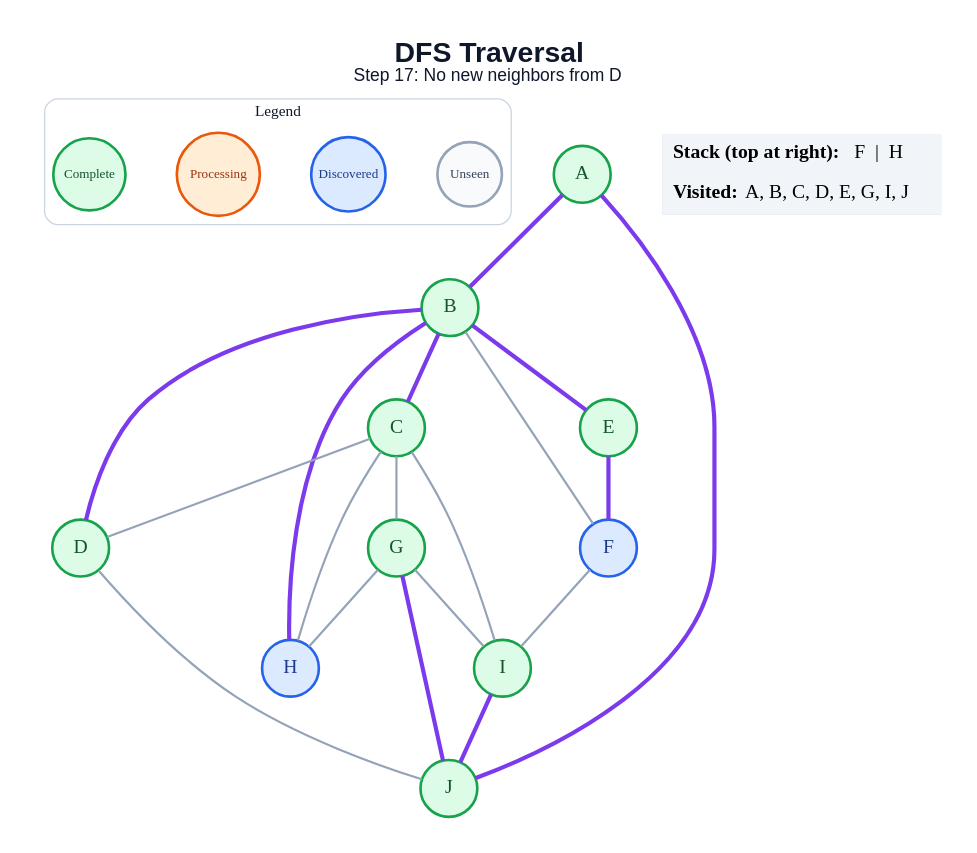
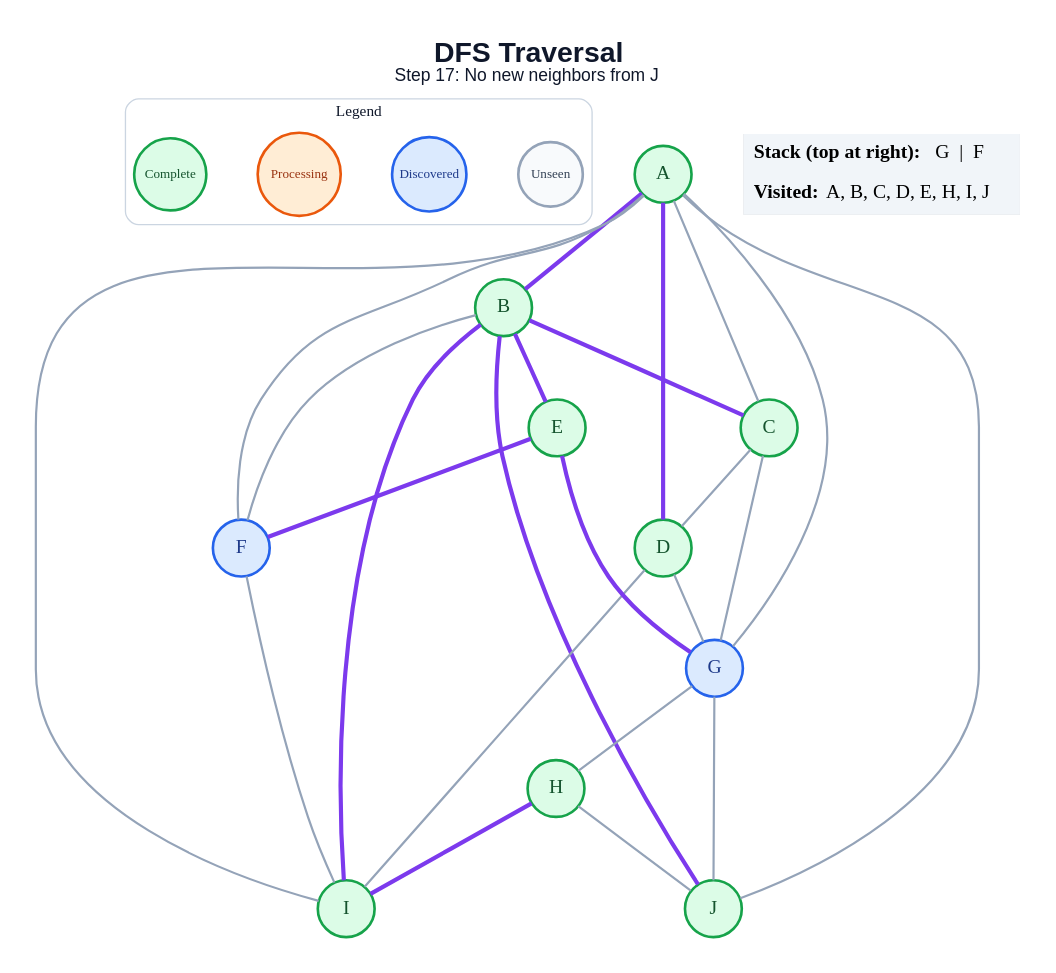
The diagram in generated/specific-node/dfs/step_17.dot (anon7238593-create/ai-slop), drawn with Graphviz before and after one commit. The commit also changed 178 other files, not shown here.

```diff
--- a/generated/specific-node/dfs/step_17.dot
+++ b/generated/specific-node/dfs/step_17.dot
@@ -1,47 +1,52 @@
 graph traversal {
   graph [layout=dot, rankdir=TB, bgcolor="#FFFFFF", pad="0.35", nodesep="0.65", ranksep="0.8", fontname="Arial"];
   node [shape=circle, style="filled", fontname="Arial Bold", fontsize=18, width=0.72, fixedsize=true, penwidth=2.4];
   edge [color="#94A3B8", penwidth=2.0];
-  label=<<B>DFS Traversal</B><BR/><FONT POINT-SIZE="16">Step 17: No new neighbors from D</FONT>>; labelloc="t"; fontsize=26; fontname="Arial"; fontcolor="#0F172A";
+  label=<<B>DFS Traversal</B><BR/><FONT POINT-SIZE="16">Step 17: No new neighbors from J</FONT>>; labelloc="t"; fontsize=26; fontname="Arial"; fontcolor="#0F172A";
   subgraph cluster_legend { label="Legend"; color="#CBD5E1"; penwidth=1.2; style="rounded"; fontsize=14; fontname="Arial Bold";
     key_unseen [label="Unseen", fillcolor="#F8FAFC", color="#94A3B8", fontcolor="#334155", fontsize=12, width=0.82];
     key_frontier [label="Discovered", fillcolor="#DBEAFE", color="#2563EB", fontcolor="#1E3A8A", fontsize=12, width=0.95];
     key_current [label="Processing", fillcolor="#FFEDD5", color="#EA580C", fontcolor="#9A3412", fontsize=12, width=1.05];
     key_done [label="Complete", fillcolor="#DCFCE7", color="#16A34A", fontcolor="#14532D", fontsize=12, width=0.92];
     { rank=same; key_unseen; key_frontier; key_current; key_done; }
   }
   A [fillcolor="#DCFCE7", color="#16A34A", fontcolor="#14532D"];
   B [fillcolor="#DCFCE7", color="#16A34A", fontcolor="#14532D"];
   C [fillcolor="#DCFCE7", color="#16A34A", fontcolor="#14532D"];
   D [fillcolor="#DCFCE7", color="#16A34A", fontcolor="#14532D"];
   E [fillcolor="#DCFCE7", color="#16A34A", fontcolor="#14532D"];
   F [fillcolor="#DBEAFE", color="#2563EB", fontcolor="#1E3A8A"];
-  G [fillcolor="#DCFCE7", color="#16A34A", fontcolor="#14532D"];
-  H [fillcolor="#DBEAFE", color="#2563EB", fontcolor="#1E3A8A"];
+  G [fillcolor="#DBEAFE", color="#2563EB", fontcolor="#1E3A8A"];
+  H [fillcolor="#DCFCE7", color="#16A34A", fontcolor="#14532D"];
   I [fillcolor="#DCFCE7", color="#16A34A", fontcolor="#14532D"];
   J [fillcolor="#DCFCE7", color="#16A34A", fontcolor="#14532D"];
   A -- B [color="#7C3AED", penwidth=3.8];
-  A -- J [color="#7C3AED", penwidth=3.8];
+  A -- C;
+  A -- D [color="#7C3AED", penwidth=3.8];
+  A -- F;
+  A -- G;
+  A -- I;
+  A -- J;
   B -- C [color="#7C3AED", penwidth=3.8];
-  B -- D [color="#7C3AED", penwidth=3.8];
   B -- E [color="#7C3AED", penwidth=3.8];
   B -- F;
-  B -- H [color="#7C3AED", penwidth=3.8];
+  B -- I [color="#7C3AED", penwidth=3.8];
+  B -- J [color="#7C3AED", penwidth=3.8];
   C -- D;
   C -- G;
-  C -- H;
-  C -- I;
-  D -- J;
+  D -- G;
+  D -- I;
   E -- F [color="#7C3AED", penwidth=3.8];
+  E -- G [color="#7C3AED", penwidth=3.8];
   F -- I;
   G -- H;
-  G -- I;
-  G -- J [color="#7C3AED", penwidth=3.8];
-  I -- J [color="#7C3AED", penwidth=3.8];
+  G -- J;
+  H -- I [color="#7C3AED", penwidth=3.8];
+  H -- J;
   status [shape=plain, fixedsize=false, width=0, height=0, margin=0, label=<
     <TABLE BORDER="0" CELLBORDER="0" CELLPADDING="7" BGCOLOR="#F1F5F9">
-      <TR><TD ALIGN="LEFT"><B>Stack (top at right):</B> F  |  H</TD></TR>
-      <TR><TD ALIGN="LEFT"><B>Visited:</B> A, B, C, D, E, G, I, J</TD></TR>
+      <TR><TD ALIGN="LEFT"><B>Stack (top at right):</B> G  |  F</TD></TR>
+      <TR><TD ALIGN="LEFT"><B>Visited:</B> A, B, C, D, E, H, I, J</TD></TR>
     </TABLE>
   >];
 }
```
